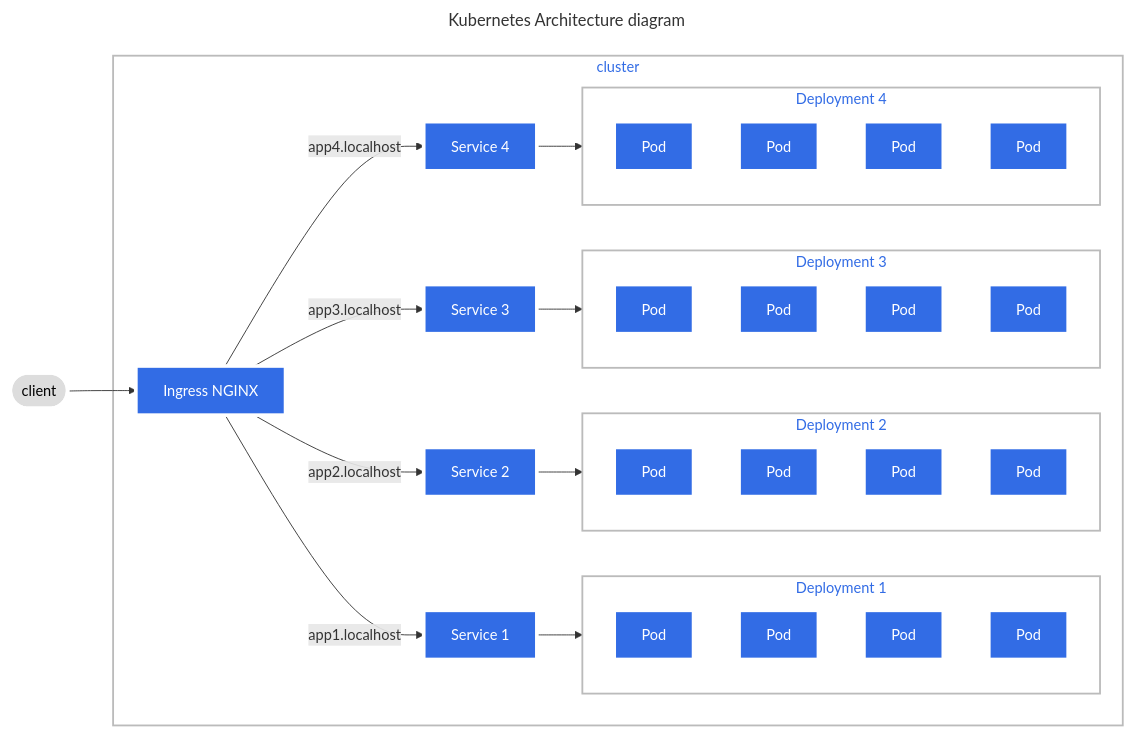
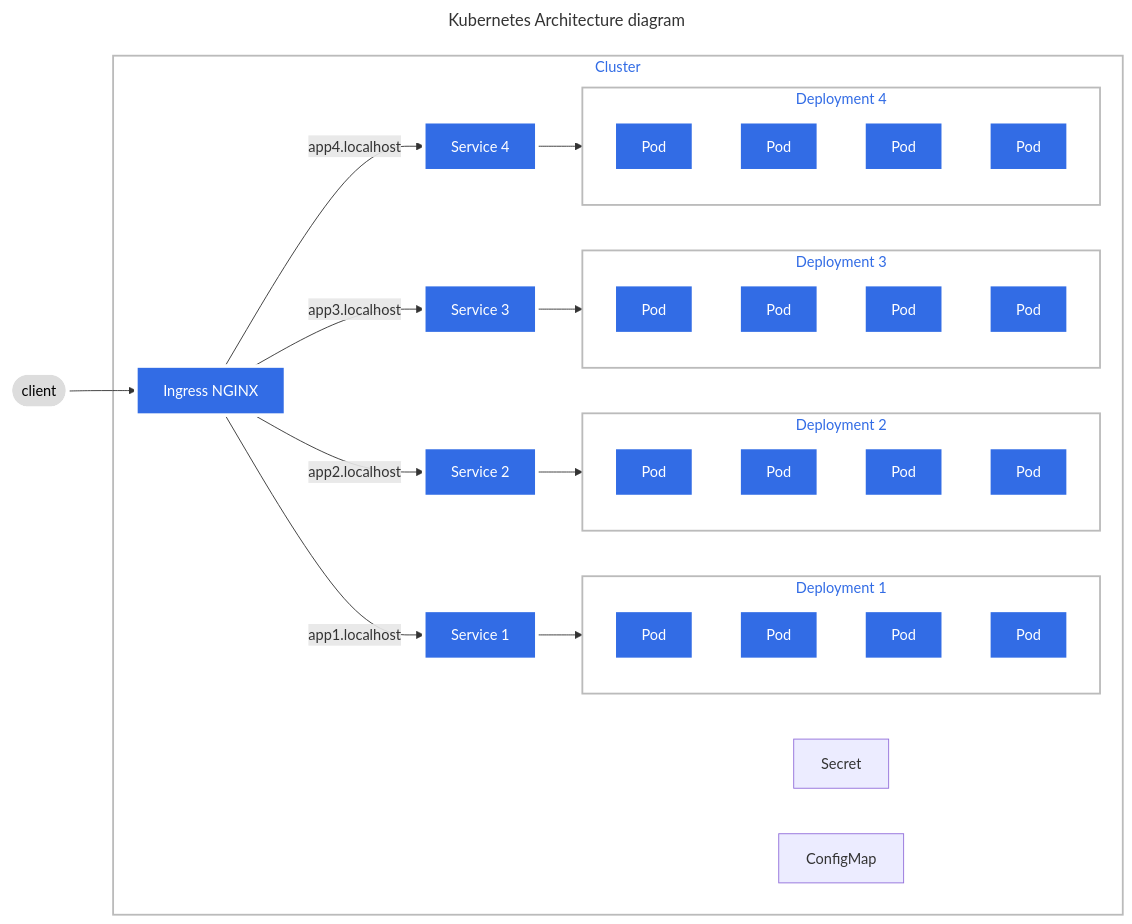
Before and after one commit to EugeneOsadchyi/devops-course: the diagram in k8s/README.md, drawn with Mermaid. The commit also changed other lines of this file and 7 other files, not shown here.

````diff
--- a/k8s/README.md
+++ b/k8s/README.md
@@ -5,55 +18,58 @@
 ```mermaid
 ---
 title: Kubernetes Architecture diagram
 ---
 flowchart LR
-    subgraph cluster
+    subgraph cluster[Cluster]
+        secret[Secret]
+        config_map[ConfigMap]
+
         subgraph deployment_1[Deployment 1]
             pod1_1[Pod]
             pod1_2[Pod]
             pod1_3[Pod]
             pod1_4[Pod]
         end
 
         subgraph deployment_2[Deployment 2]
             pod2_1[Pod]
             pod2_2[Pod]
             pod2_3[Pod]
             pod2_4[Pod]
         end
 
         subgraph deployment_3[Deployment 3]
             pod3_1[Pod]
             pod3_2[Pod]
             pod3_3[Pod]
             pod3_4[Pod]
         end
 
         subgraph deployment_4[Deployment 4]
             pod4_1[Pod]
             pod4_2[Pod]
             pod4_3[Pod]
             pod4_4[Pod]
         end
 
         service_1[Service 1] --> deployment_1
         service_2[Service 2] --> deployment_2
         service_3[Service 3] --> deployment_3
         service_4[Service 4] --> deployment_4
 
         ingress[Ingress NGINX] -- app1.localhost --> service_1
         ingress[Ingress NGINX] -- app2.localhost --> service_2
         ingress[Ingress NGINX] -- app3.localhost --> service_3
         ingress[Ingress NGINX] -- app4.localhost --> service_4
 
     end
 
     client([client]) --> ingress
 
     classDef plain fill:#ddd,stroke:#fff,stroke-width:4px,color:#000;
     classDef k8s fill:#326ce5,stroke:#fff,stroke-width:4px,color:#fff;
     classDef cluster fill:#fff,stroke:#bbb,stroke-width:2px,color:#326ce5;
     class ingress,service,pod1_1,pod1_2,pod1_3,pod1_4,pod2_1,pod2_2,pod2_3,pod2_4,pod3_1,pod3_2,pod3_3,pod3_4,pod4_1,pod4_2,pod4_3,pod4_4,service_1,service_2,service_3,service_4 k8s;
     class client plain;
     class cluster cluster;
 ```
````
